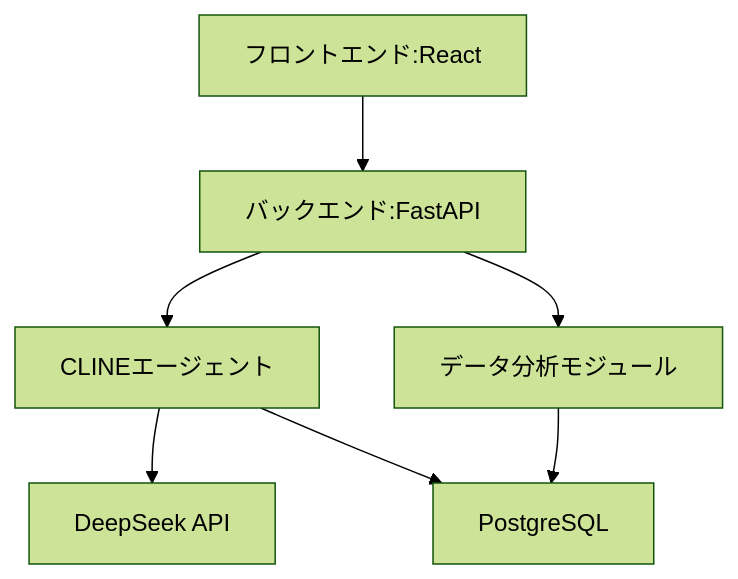
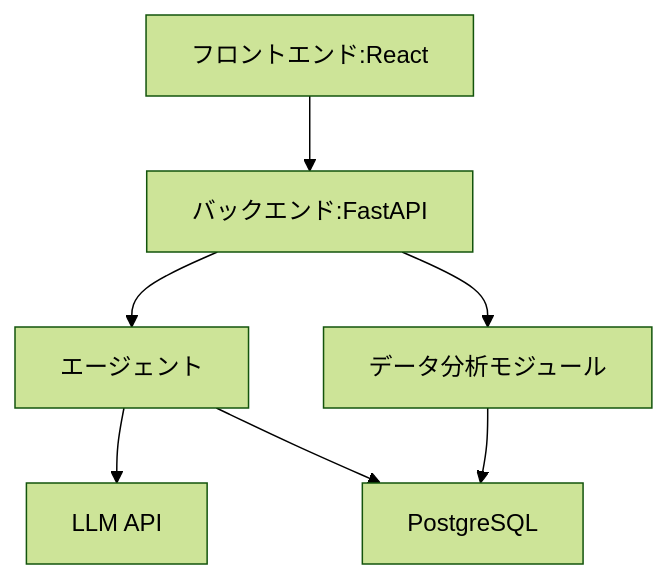
Before and after one commit to duwenji/stock-analyzer: the first of 3 diagrams in project-introduction.md, drawn with Mermaid (forest theme). The commit also changed other lines of this file, not shown here.

Commit message:
project-introduction

````diff
--- a/project-introduction.md
+++ b/project-introduction.md
@@ -18,9 +18,9 @@
 ```mermaid
 graph TD
   A[フロントエンド:React] --> B[バックエンド:FastAPI]
-  B --> C[CLINEエージェント]
-  C --> D[DeepSeek API]
+  B --> C[エージェント]
+  C --> D[LLM API]
   C --> E[PostgreSQL]
   B --> F[データ分析モジュール]
   F --> E
 ```
````
